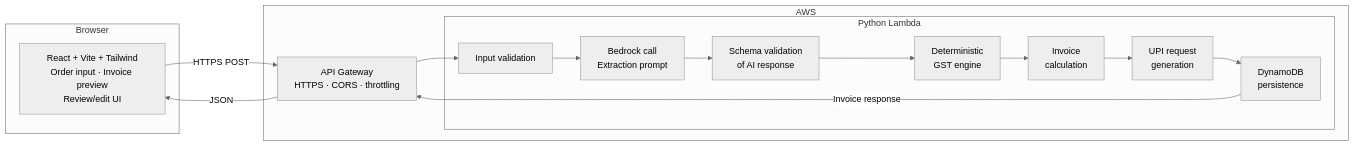
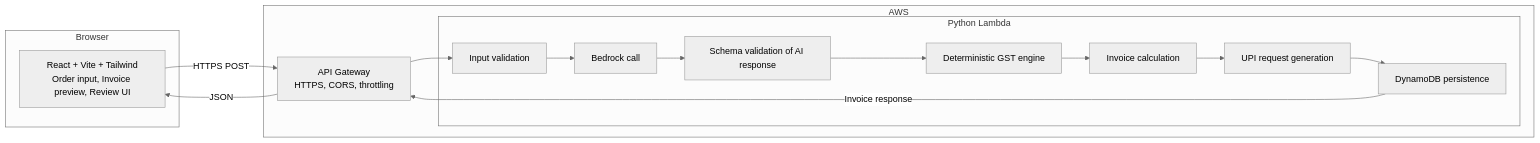
Before and after one commit to the-nidhi-bhat/Invox: the second of 4 diagrams in README.md, drawn with Mermaid (neutral theme). The commit also changed other lines of this file and 2 other files, not shown here.

Commit message:
docs: correct README architecture and project status

````diff
--- a/README.md
+++ b/README.md
@@ -60,32 +60,32 @@
 ```mermaid
 flowchart LR
-    subgraph Browser["Browser"]
-        FE["React + Vite + Tailwind\nOrder input · Invoice preview\nReview/edit UI"]
+    subgraph Browser
+        FE["React + Vite + Tailwind\nOrder input, Invoice preview, Review UI"]
     end
 
-    subgraph AWS["AWS"]
-        APIGW["API Gateway\nHTTPS · CORS · throttling"]
+    subgraph AWS
+        APIGW["API Gateway\nHTTPS, CORS, throttling"]
 
         subgraph Lambda["Python Lambda"]
             VAL["Input validation"]
-            BED["Bedrock call\nExtraction prompt"]
-            SCH["Schema validation\nof AI response"]
-            GST["Deterministic\nGST engine"]
-            CALC["Invoice\ncalculation"]
-            UPI["UPI request\ngeneration"]
-            DB["DynamoDB\npersistence"]
+            BED["Bedrock call"]
+            SCH["Schema validation of AI response"]
+            GST["Deterministic GST engine"]
+            CALC["Invoice calculation"]
+            UPI["UPI request generation"]
+            DB["DynamoDB persistence"]
         end
 
         APIGW --> VAL
         VAL --> BED
         BED --> SCH
         SCH --> GST
         GST --> CALC
         CALC --> UPI
         UPI --> DB
     end
 
-    FE -->|HTTPS POST| APIGW
-    DB -->|Invoice response| APIGW
-    APIGW -->|JSON| FE
+    FE -->|"HTTPS POST"| APIGW
+    DB -->|"Invoice response"| APIGW
+    APIGW -->|"JSON"| FE
 ```
````
